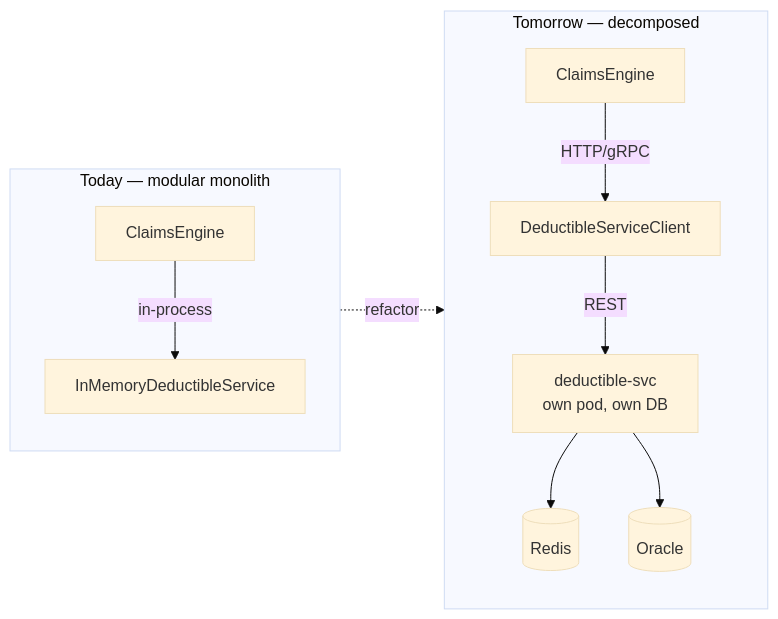
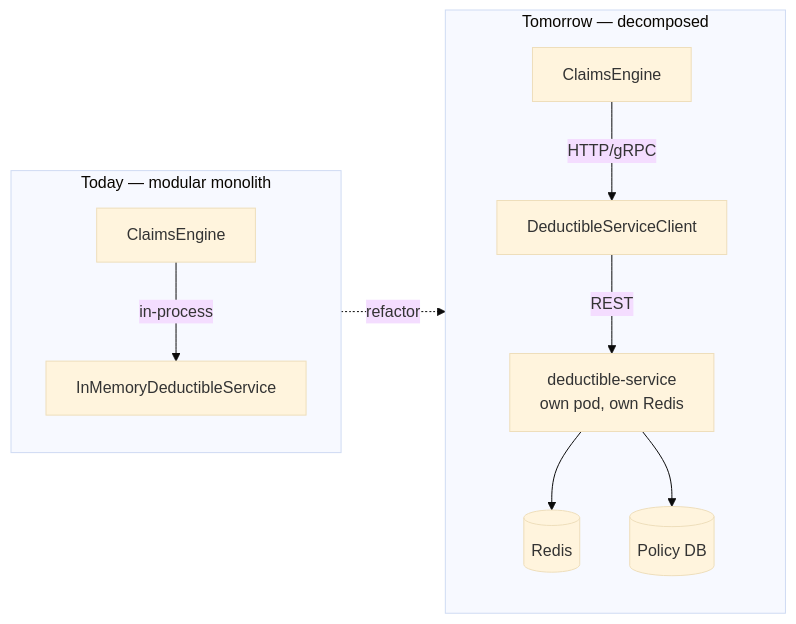
Diagram 12 of 12 in ClaimsProcessor_DesignDocument.md (lokeshjpt/claims-svc), drawn with Mermaid (base theme) before and after one commit. The commit also changed other lines of this file and 14 other files, not shown here.

````diff
--- a/ClaimsProcessor_DesignDocument.md
+++ b/ClaimsProcessor_DesignDocument.md
@@ -695,13 +850,13 @@
 ```mermaid
 flowchart LR
     subgraph Today["Today — modular monolith"]
       ENG1[ClaimsEngine] -->|in-process| DED1[InMemoryDeductibleService]
     end
     subgraph Tomorrow["Tomorrow — decomposed"]
       ENG2[ClaimsEngine] -->|HTTP/gRPC| CLIENT[DeductibleServiceClient]
-      CLIENT -->|REST| DEDSVC[deductible-svc<br/>own pod, own DB]
+      CLIENT -->|REST| DEDSVC[deductible-service<br/>own pod, own Redis]
       DEDSVC --> REDIS[(Redis)]
-      DEDSVC --> ORA[(Oracle)]
+      DEDSVC --> POL[(Policy DB)]
     end
     Today -.refactor.-> Tomorrow
 ```
````
